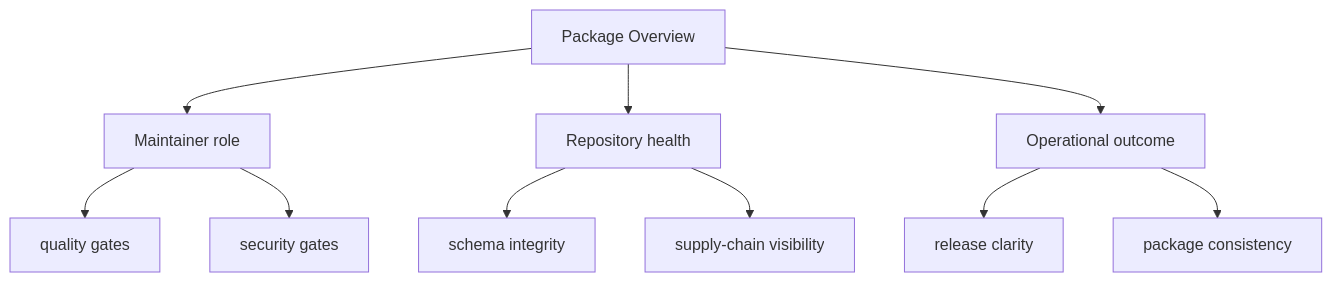
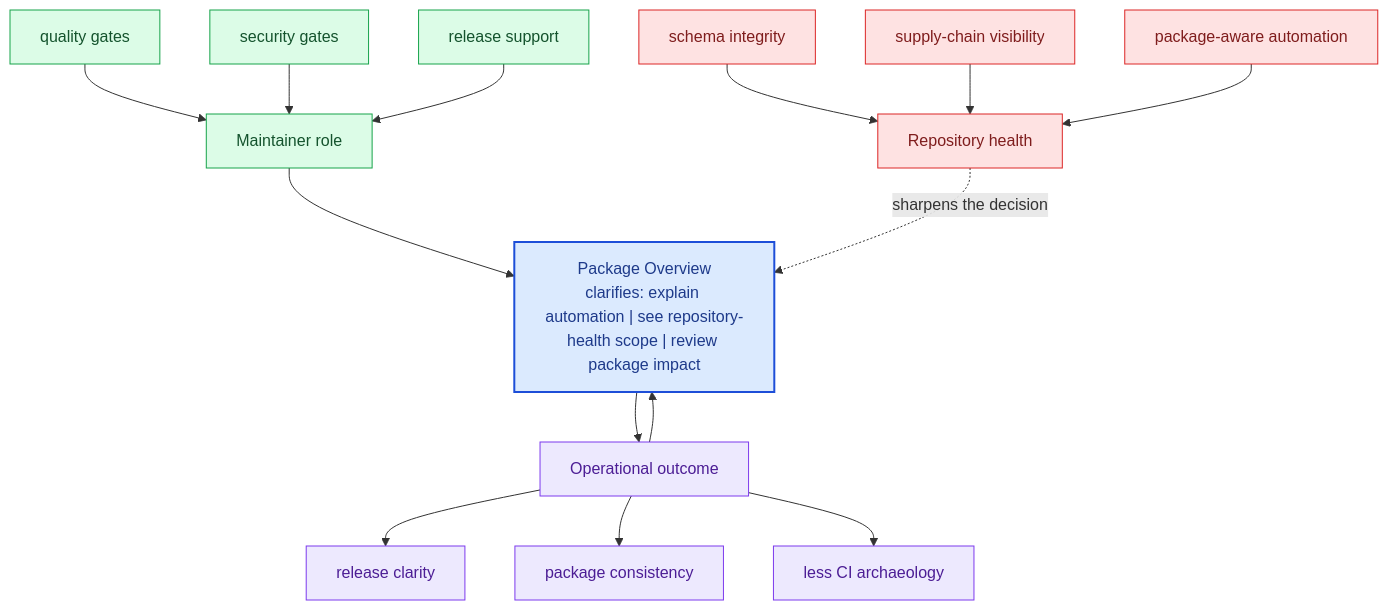
One commit to bijux/bijux-canon changed the second of 2 diagrams in docs/bijux-canon-dev/package-overview.md. Above: the diagram before and after it, drawn with Mermaid. The commit also changed other lines of this file and 281 other files, not shown here.

Commit message:
docs(diagrams): deepen handbook mermaid maps across the catalog

````diff
--- a/docs/bijux-canon-dev/package-overview.md
+++ b/docs/bijux-canon-dev/package-overview.md
@@ -36,22 +69,40 @@
 ```mermaid
-flowchart TD
-    page["Package Overview"]
+flowchart TB
+    promise["Package Overview<br/>clarifies: explain automation | see repository-health scope | review package impact"]
+    classDef promise fill:#dbeafe,stroke:#1d4ed8,color:#1e3a8a,stroke-width:2px;
+    classDef driver fill:#dcfce7,stroke:#16a34a,color:#14532d;
+    classDef constraint fill:#fee2e2,stroke:#dc2626,color:#7f1d1d;
+    classDef ground fill:#ede9fe,stroke:#7c3aed,color:#4c1d95;
     focus1["Maintainer role"]
-    page --> focus1
+    focus1 --> promise
     focus1_1["quality gates"]
-    focus1 --> focus1_1
+    focus1_1 --> focus1
     focus1_2["security gates"]
-    focus1 --> focus1_2
+    focus1_2 --> focus1
+    focus1_3["release support"]
+    focus1_3 --> focus1
+    class focus1 driver;
+    class focus1_1,focus1_2,focus1_3 driver;
     focus2["Repository health"]
-    page --> focus2
+    focus2 -.sharpens the decision.-> promise
     focus2_1["schema integrity"]
-    focus2 --> focus2_1
+    focus2_1 --> focus2
     focus2_2["supply-chain visibility"]
-    focus2 --> focus2_2
+    focus2_2 --> focus2
+    focus2_3["package-aware automation"]
+    focus2_3 --> focus2
+    class focus2 constraint;
+    class focus2_1,focus2_2,focus2_3 constraint;
     focus3["Operational outcome"]
-    page --> focus3
+    focus3 --> promise
+    promise --> focus3
     focus3_1["release clarity"]
     focus3 --> focus3_1
     focus3_2["package consistency"]
     focus3 --> focus3_2
+    focus3_3["less CI archaeology"]
+    focus3 --> focus3_3
+    class focus3 ground;
+    class focus3_1,focus3_2,focus3_3 ground;
+    class promise promise;
 ```
````
